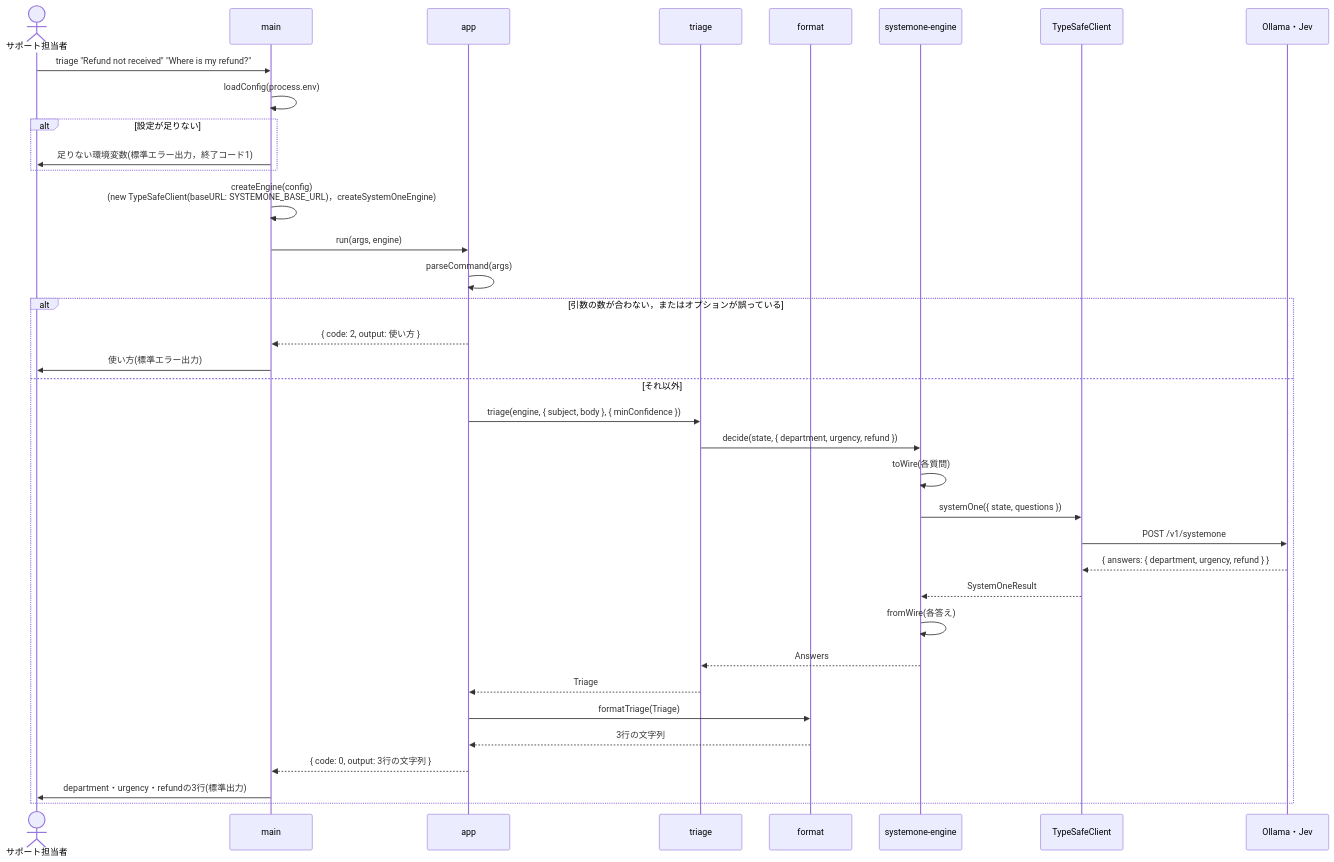
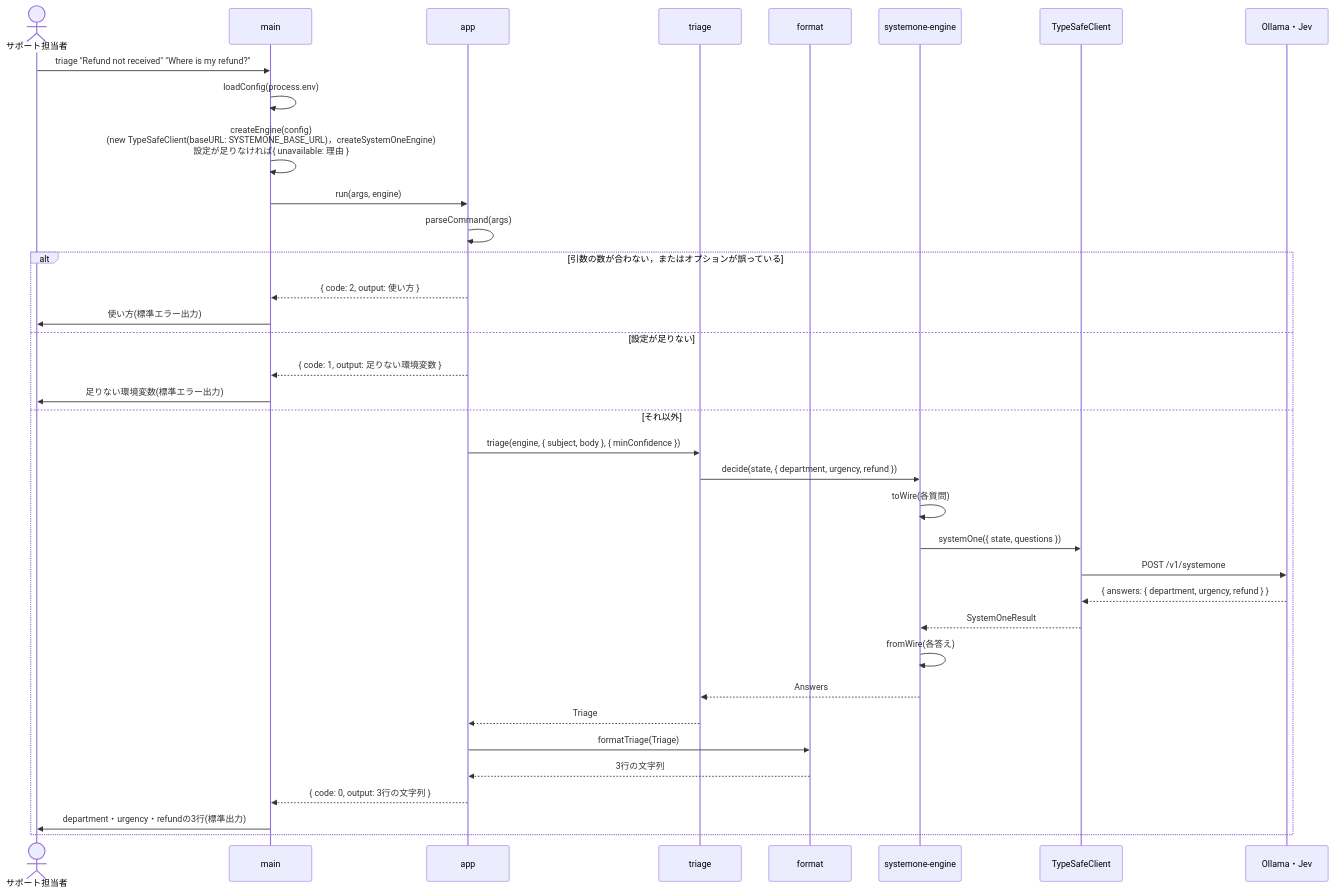
Before and after one commit to enunun/systemone-handson: the first of 4 diagrams in iterations/iteration-10/exercise/design/05-sequence.md, drawn with Mermaid. The commit also changed 55 other files, not shown here.

````diff
--- a/iterations/iteration-10/exercise/design/05-sequence.md
+++ b/iterations/iteration-10/exercise/design/05-sequence.md
@@ -5,38 +5,38 @@
 ```mermaid
 sequenceDiagram
   actor user as サポート担当者
   participant main as main
   participant app as app
   participant triage as triage
   participant format as format
   participant adapter as systemone-engine
   participant client as TypeSafeClient
   participant engine as Ollama・Jev
   user->>main: triage "Refund not received" "Where is my refund?"
   main->>main: loadConfig(process.env)
-  alt 設定が足りない
-    main->>user: 足りない環境変数(標準エラー出力，終了コード1)
-  end
-  main->>main: createEngine(config)<br/>(new TypeSafeClient(baseURL: SYSTEMONE_BASE_URL)，createSystemOneEngine)
+  main->>main: createEngine(config)<br/>(new TypeSafeClient(baseURL: SYSTEMONE_BASE_URL)，createSystemOneEngine)<br/>設定が足りなければ{ unavailable: 理由 }
   main->>app: run(args, engine)
   app->>app: parseCommand(args)
   alt 引数の数が合わない，またはオプションが誤っている
     app-->>main: { code: 2, output: 使い方 }
     main->>user: 使い方(標準エラー出力)
+  else 設定が足りない
+    app-->>main: { code: 1, output: 足りない環境変数 }
+    main->>user: 足りない環境変数(標準エラー出力)
   else それ以外
     app->>triage: triage(engine, { subject, body }, { minConfidence })
     triage->>adapter: decide(state, { department, urgency, refund })
     adapter->>adapter: toWire(各質問)
     adapter->>client: systemOne({ state, questions })
     client->>engine: POST /v1/systemone
     engine-->>client: { answers: { department, urgency, refund } }
     client-->>adapter: SystemOneResult
     adapter->>adapter: fromWire(各答え)
     adapter-->>triage: Answers
     triage-->>app: Triage
     app->>format: formatTriage(Triage)
     format-->>app: 3行の文字列
     app-->>main: { code: 0, output: 3行の文字列 }
     main->>user: department・urgency・refundの3行(標準出力)
   end
 ```
````
